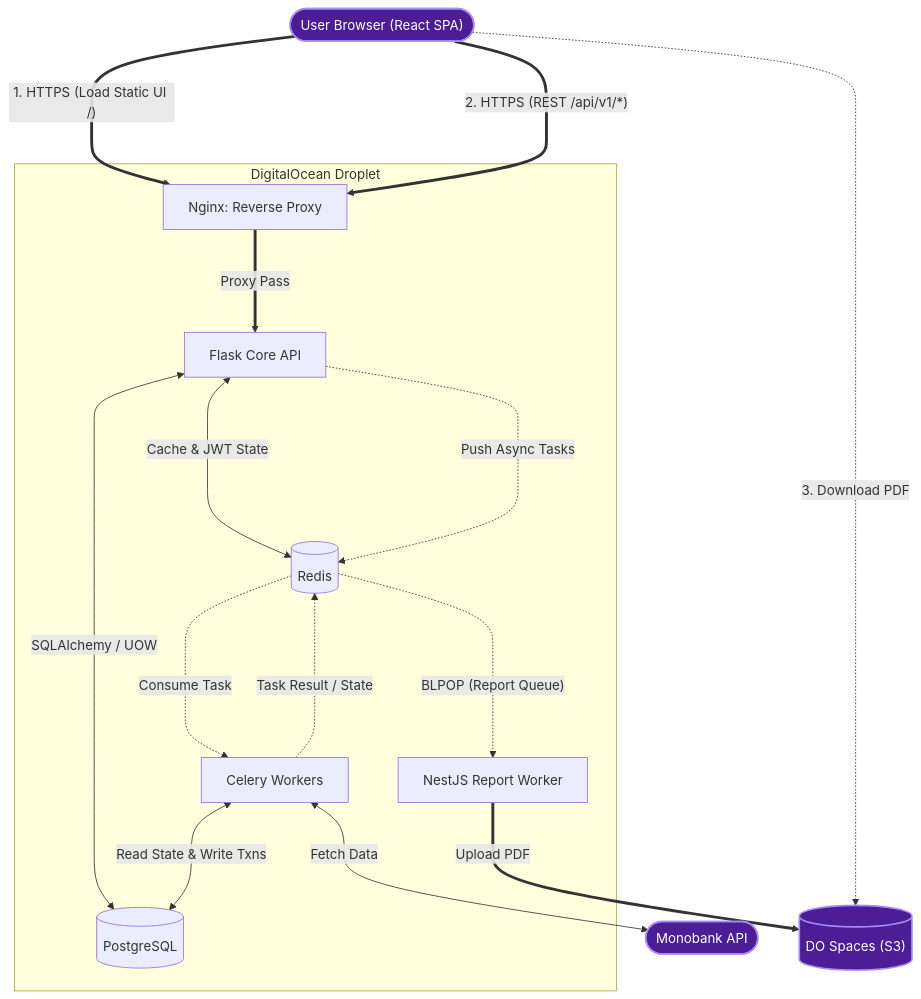
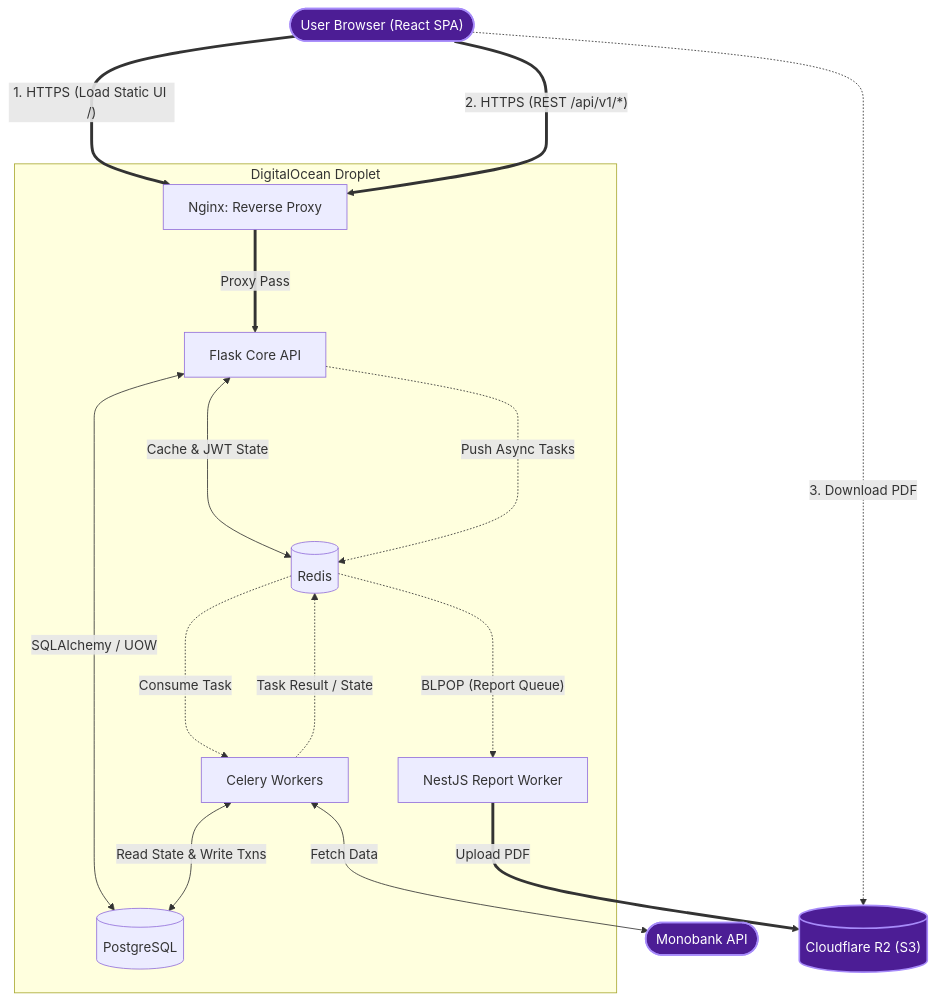
One commit to a11ya11y-wq/finmate-flask changed the diagram in README.md. Above: the diagram before and after it, drawn with Mermaid. The commit also changed other lines of this file and 5 other files, not shown here.

````diff
--- a/README.md
+++ b/README.md
@@ -71,35 +71,35 @@
 ```mermaid
 flowchart TD
     Client(["User Browser (React SPA)"])
     Mono(["Monobank API"])
-    S3[("DO Spaces (S3)")]
+    S3[("Cloudflare R2 (S3)")]
 
     Client ===>|"1. HTTPS (Load Static UI /)"| Proxy["Nginx: Reverse Proxy"]
     Client ===>|"2. HTTPS (REST /api/v1/*)"| Proxy
     Client -...->|"3. Download PDF"| S3
 
     subgraph DigitalOcean Droplet
         Proxy ===>|"Proxy Pass"| API["Flask Core API"]
         
         API <--->|"SQLAlchemy / UOW"| DB[("PostgreSQL")]
         
         %% РОЗДІЛЕНІ СТРІЛКИ (Синхронна vs Асинхронна взаємодія)
         API <--->|"Cache & JWT State"| Redis[("Redis")]
         API -...->|"Push Async Tasks"| Redis
         
         %% Celery читает из Redis и работает с БД
         Redis -...->|"Consume Task"| Celery["Celery Workers"]
         Celery <--->|"Read State & Write Txns"| DB
         Celery -...->|"Task Result / State"| Redis
         
         %% NestJS читает из Redis
         Redis -...->|"BLPOP (Report Queue)"| Worker["NestJS Report Worker"]
     end
     
     Celery <--->|"Fetch Data"| Mono
     Worker ===>|"Upload PDF"| S3
     
     %% Кольори для контрасту
     classDef external fill:#4c1d95,stroke:#a78bfa,stroke-width:2px,color:#fff;
     class Client,Mono,S3 external;
 ```
````
